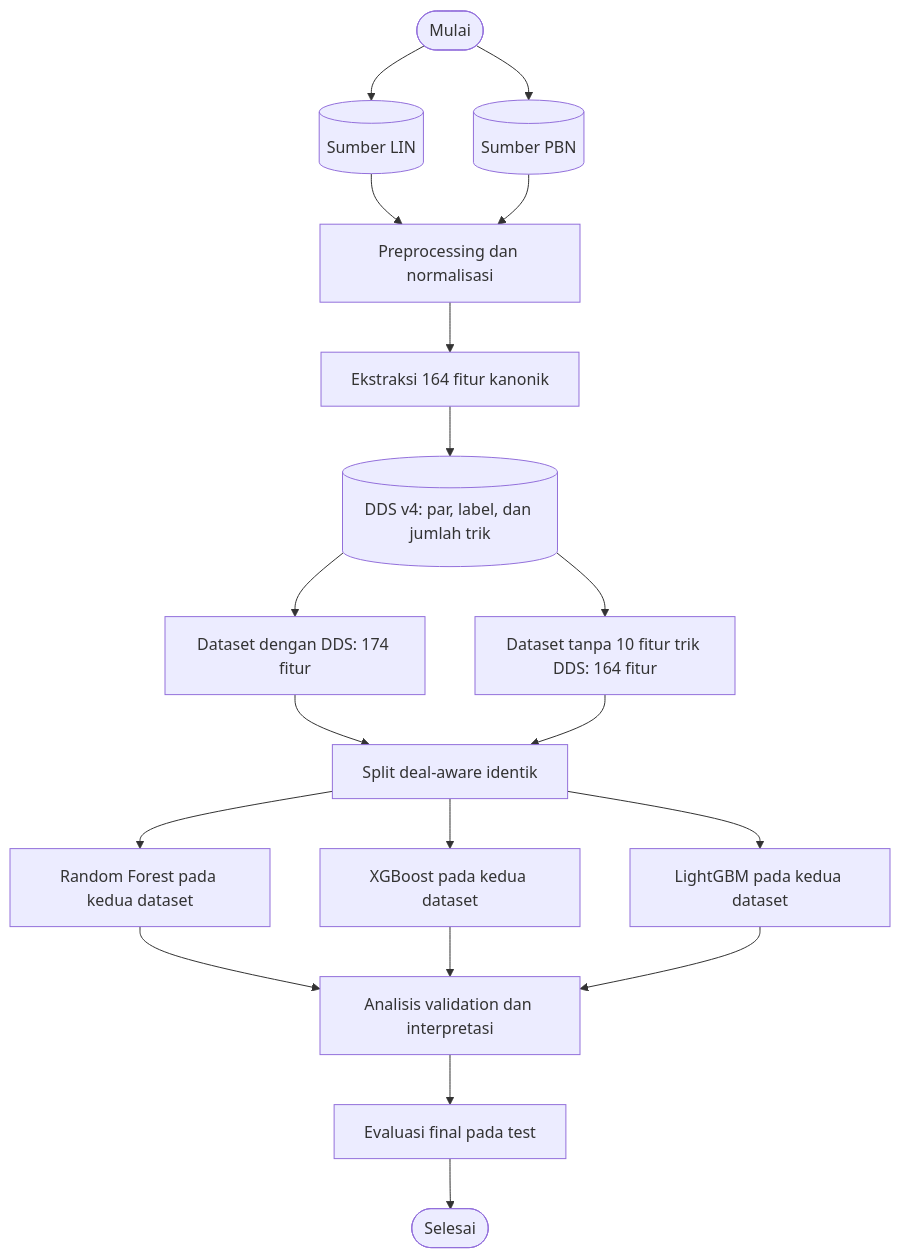
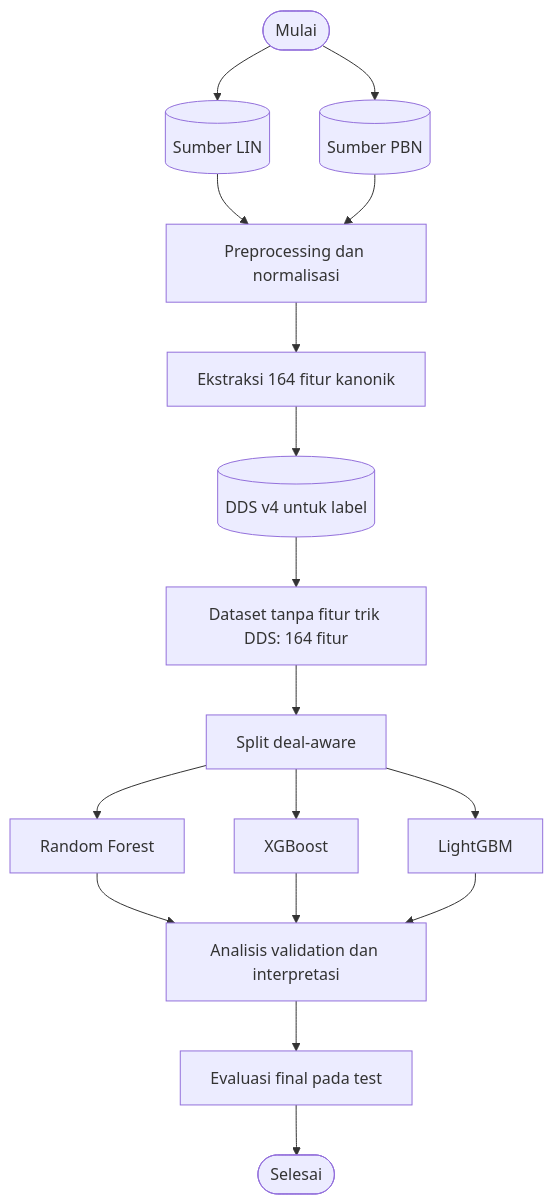
One commit to Cattelll/Bridge-Prediction changed the diagram in docs/ARCHITECTURE.md. Above: the diagram before and after it, drawn with Mermaid. The commit also changed other lines of this file and 20 other files, not shown here.

````diff
--- a/docs/ARCHITECTURE.md
+++ b/docs/ARCHITECTURE.md
@@ -10,21 +9,19 @@
 ```mermaid
 flowchart TD
   A([Mulai]) --> B1[(Sumber LIN)]
   A --> B2[(Sumber PBN)]
   B1 --> C[Preprocessing dan normalisasi]
   B2 --> C
   C --> D[Ekstraksi 164 fitur kanonik]
-  D --> E[(DDS v4: par, label, dan jumlah trik)]
-  E --> F1[Dataset dengan DDS: 174 fitur]
-  E --> F2[Dataset tanpa 10 fitur trik DDS: 164 fitur]
-  F1 --> G[Split deal-aware identik]
-  F2 --> G
-  G --> H1[Random Forest pada kedua dataset]
-  G --> H2[XGBoost pada kedua dataset]
-  G --> H3[LightGBM pada kedua dataset]
+  D --> E[(DDS v4 untuk label)]
+  E --> F[Dataset tanpa fitur trik DDS: 164 fitur]
+  F --> G[Split deal-aware]
+  G --> H1[Random Forest]
+  G --> H2[XGBoost]
+  G --> H3[LightGBM]
   H1 --> I[Analisis validation dan interpretasi]
   H2 --> I
   H3 --> I
   I --> J[Evaluasi final pada test]
   J --> K([Selesai])
 ```
````
